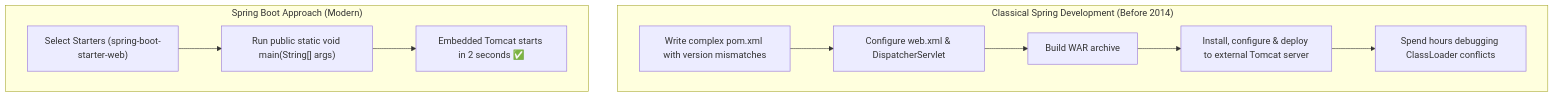
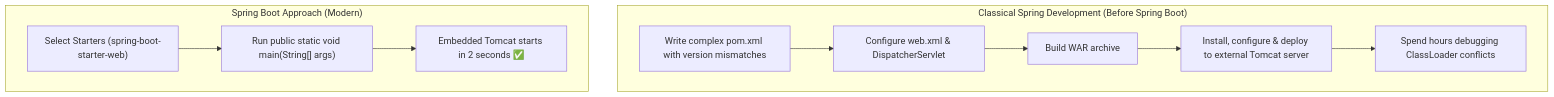
The first of 9 diagrams in 06-Java-and-Spring-Boot/02-Spring-Boot-and-Web-MVC.md (rohithgowda18/Notes), drawn with Mermaid before and after one commit. The commit also changed other lines of this file and 13 other files, not shown here.

Commit message:
docs: upgrade Spring Boot study guides to Spring Boot 3+, Spring 6, Security 6, Jakarta, and add architecture diagrams

````diff
--- a/06-Java-and-Spring-Boot/02-Spring-Boot-and-Web-MVC.md
+++ b/06-Java-and-Spring-Boot/02-Spring-Boot-and-Web-MVC.md
@@ -30,13 +32,13 @@
 ```mermaid
 flowchart TD
-    subgraph ClassicalSpring ["Classical Spring Development (Before 2014)"]
+    subgraph ClassicalSpring ["Classical Spring Development (Before Spring Boot)"]
         C1["Write complex pom.xml with version mismatches"] --> C2["Configure web.xml & DispatcherServlet"]
         C2 --> C3["Build WAR archive"]
         C3 --> C4["Install, configure & deploy to external Tomcat server"]
         C4 --> C5["Spend hours debugging ClassLoader conflicts"]
     end
     subgraph SpringBoot ["Spring Boot Approach (Modern)"]
         B1["Select Starters (spring-boot-starter-web)"] --> B2["Run public static void main(String[] args)"]
         B2 --> B3["Embedded Tomcat starts in 2 seconds ✅"]
     end
 ```
````
